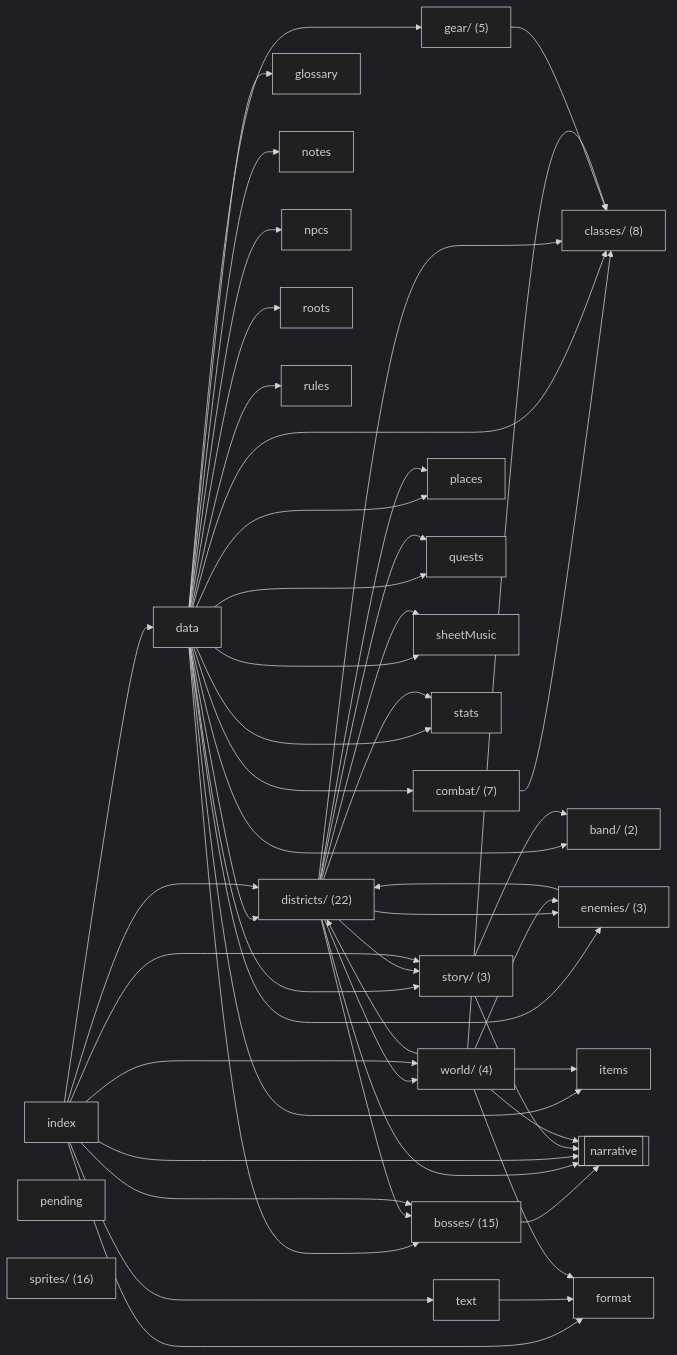
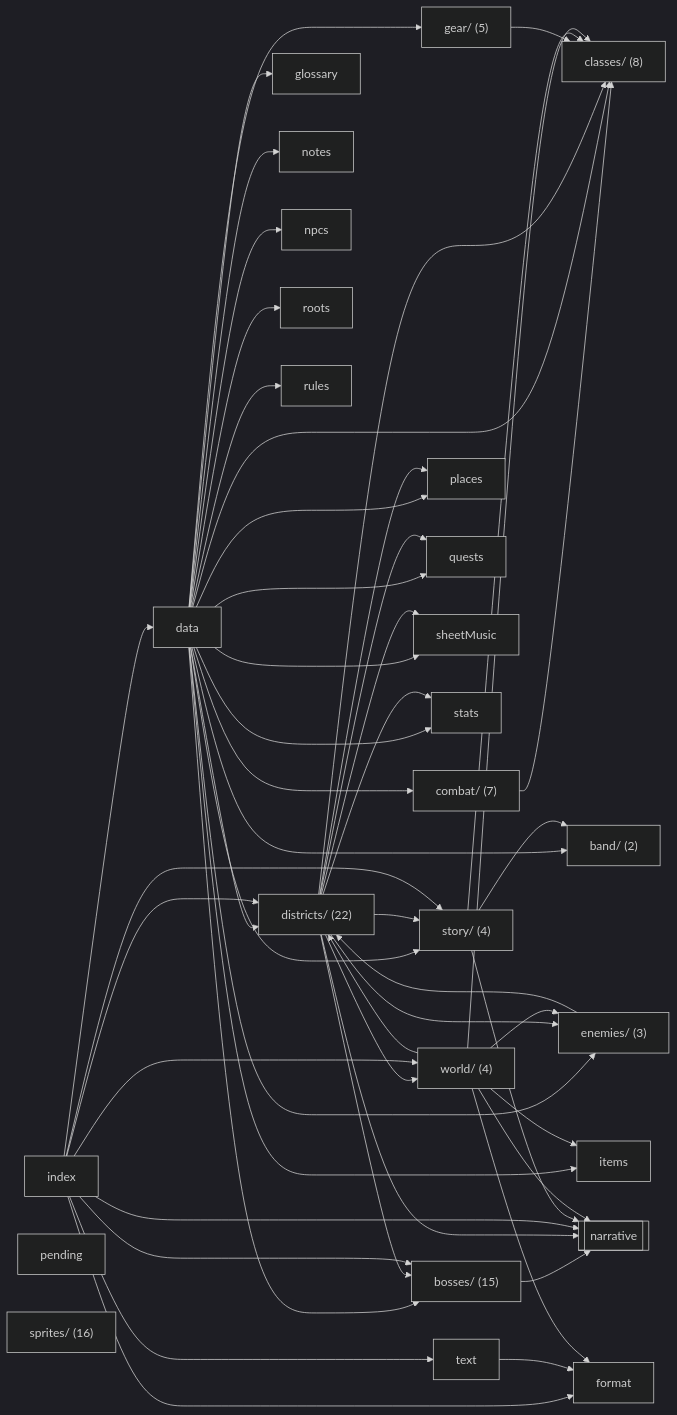
One commit to OrangeB0lt/Cyber-funk changed the diagram in docs/reference/code-map/content.md. Above: the diagram before and after it, drawn with Mermaid (dark theme). The commit also changed other lines of this file and 7 other files, not shown here.

````diff
--- a/docs/reference/code-map/content.md
+++ b/docs/reference/code-map/content.md
@@ -11,78 +11,79 @@
 ```mermaid
 flowchart LR
   n_band_["band/ (2)"]
   n_bosses_["bosses/ (15)"]
   n_classes_["classes/ (8)"]
   n_combat_["combat/ (7)"]
   n_data["data"]
   n_districts_["districts/ (22)"]
   n_enemies_["enemies/ (3)"]
   n_format["format"]
   n_gear_["gear/ (5)"]
   n_glossary["glossary"]
   n_index["index"]
   n_items["items"]
   n_notes["notes"]
   n_npcs["npcs"]
   n_pending["pending"]
   n_places["places"]
   n_quests["quests"]
   n_roots["roots"]
   n_rules["rules"]
   n_sheetMusic["sheetMusic"]
   n_sprites_["sprites/ (16)"]
   n_stats["stats"]
-  n_story_["story/ (3)"]
+  n_story_["story/ (4)"]
   n_text["text"]
   n_world_["world/ (4)"]
   n_ext_narrative[["narrative"]]
   n_bosses_ --> n_ext_narrative
   n_combat_ --> n_classes_
   n_data --> n_band_
   n_data --> n_bosses_
   n_data --> n_classes_
   n_data --> n_combat_
   n_data --> n_districts_
   n_data --> n_enemies_
   n_data --> n_gear_
   n_data --> n_glossary
   n_data --> n_items
   n_data --> n_notes
   n_data --> n_npcs
   n_data --> n_places
   n_data --> n_quests
   n_data --> n_roots
   n_data --> n_rules
   n_data --> n_sheetMusic
   n_data --> n_stats
   n_data --> n_story_
   n_districts_ --> n_bosses_
   n_districts_ --> n_classes_
   n_districts_ --> n_enemies_
   n_districts_ --> n_ext_narrative
   n_districts_ --> n_places
   n_districts_ --> n_quests
   n_districts_ --> n_sheetMusic
   n_districts_ --> n_stats
   n_districts_ --> n_story_
   n_districts_ --> n_world_
   n_enemies_ --> n_districts_
   n_gear_ --> n_classes_
   n_index --> n_bosses_
   n_index --> n_data
   n_index --> n_districts_
   n_index --> n_ext_narrative
   n_index --> n_format
   n_index --> n_story_
   n_index --> n_text
   n_index --> n_world_
   n_story_ --> n_band_
+  n_story_ --> n_classes_
   n_story_ --> n_ext_narrative
   n_text --> n_format
   n_world_ --> n_classes_
   n_world_ --> n_districts_
   n_world_ --> n_enemies_
   n_world_ --> n_ext_narrative
   n_world_ --> n_format
   n_world_ --> n_items
 ```
````
